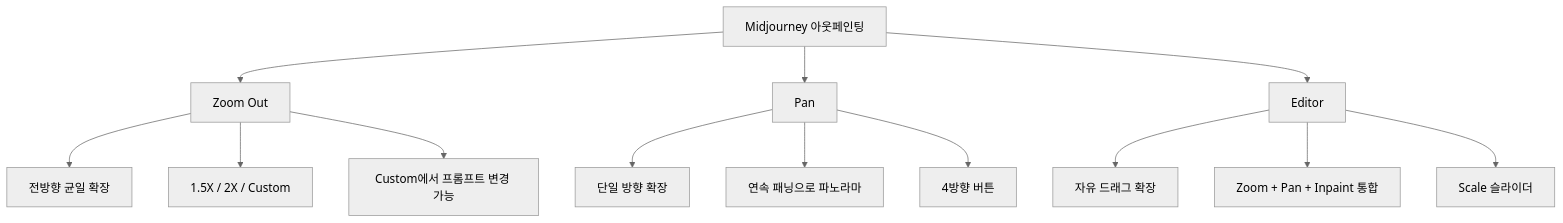
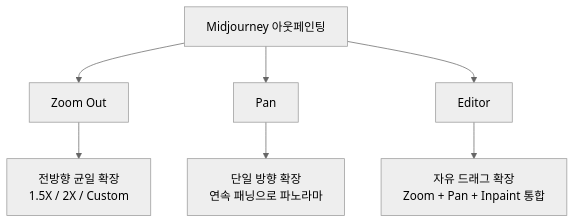
Before and after one commit to jsonpassion/forge-tutorial-promptcanvas: the third of 3 diagrams in 06-ch6-이미지-편집-기법-img2img인페인팅아웃페인팅/04-04-아웃페인팅-캔버스-확장과-구도-재구성.md, drawn with Mermaid (neutral theme). The commit also changed other lines of this file and 63 other files, not shown here.

````diff
--- a/06-ch6-이미지-편집-기법-img2img인페인팅아웃페인팅/04-04-아웃페인팅-캔버스-확장과-구도-재구성.md
+++ b/06-ch6-이미지-편집-기법-img2img인페인팅아웃페인팅/04-04-아웃페인팅-캔버스-확장과-구도-재구성.md
@@ -162,18 +101,9 @@
 ```mermaid
 flowchart TD
     MJ["Midjourney 아웃페인팅"] --> ZO["Zoom Out"]
     MJ --> PAN["Pan"]
     MJ --> ED["Editor"]
-    
-    ZO --> ZO1["전방향 균일 확장"]
-    ZO --> ZO2["1.5X / 2X / Custom"]
-    ZO --> ZO3["Custom에서 프롬프트 변경 가능"]
-    
-    PAN --> PAN1["단일 방향 확장"]
-    PAN --> PAN2["연속 패닝으로 파노라마"]
-    PAN --> PAN3["4방향 버튼"]
-    
-    ED --> ED1["자유 드래그 확장"]
-    ED --> ED2["Zoom + Pan + Inpaint 통합"]
-    ED --> ED3["Scale 슬라이더"]
+    ZO --> ZO1["전방향 균일 확장<br/>1.5X / 2X / Custom"]
+    PAN --> PAN1["단일 방향 확장<br/>연속 패닝으로 파노라마"]
+    ED --> ED1["자유 드래그 확장<br/>Zoom + Pan + Inpaint 통합"]
 ```
````
